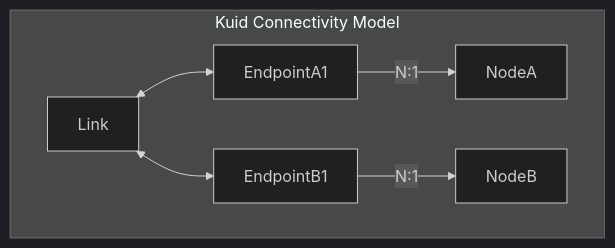
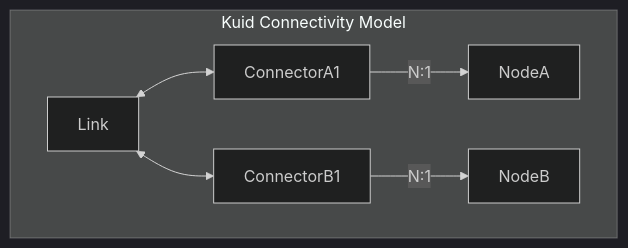
One commit to kuidio/docs changed the third of 3 diagrams in docs/02-resources/02-inventory/01_about.md. Above: the diagram before and after it, drawn with Mermaid (dark theme). The commit also changed other lines of this file and 9 other files, not shown here.

````diff
--- a/docs/02-resources/02-inventory/01_about.md
+++ b/docs/02-resources/02-inventory/01_about.md
@@ -66,14 +71,14 @@
 ```mermaid
 graph TD;
     subgraph "Kuid Connectivity Model"
         NodeA
-        EndpointA1;
+        ConnectorA1;
         NodeB
-        EndpointB1;
+        ConnectorB1;
         Link;
-        Link <--> EndpointA1;
-        Link <--> EndpointB1;
-        EndpointA1 --> |N:1| NodeA;
-        EndpointB1 --> |N:1| NodeB;
+        Link <--> ConnectorA1;
+        Link <--> ConnectorB1;
+        ConnectorA1 --> |N:1| NodeA;
+        ConnectorB1 --> |N:1| NodeB;
     end
 ```
````
